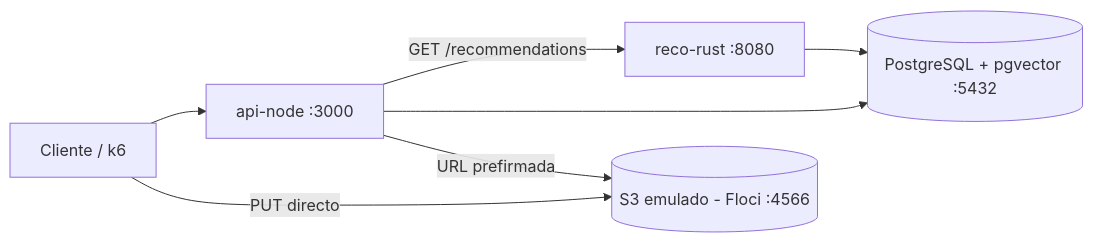
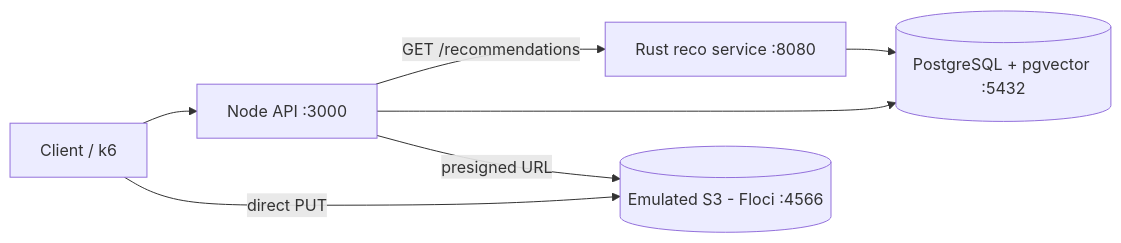
One commit to xtylo/the-social-network changed the diagram in README.md. Above: the diagram before and after it, drawn with Mermaid. The commit also changed other lines of this file and 3 other files, not shown here.

````diff
--- a/README.md
+++ b/README.md
@@ -10,9 +10,9 @@
 ```mermaid
 flowchart LR
-  C[Cliente / k6] --> API[api-node :3000]
-  API -->|GET /recommendations| R[reco-rust :8080]
+  C[Client / k6] --> API[Node API :3000]
+  API -->|GET /recommendations| R[Rust reco service :8080]
   R --> PG[(PostgreSQL + pgvector :5432)]
   API --> PG
-  API -->|URL prefirmada| S3[(S3 emulado - Floci :4566)]
-  C -->|PUT directo| S3
+  API -->|presigned URL| S3[(Emulated S3 - Floci :4566)]
+  C -->|direct PUT| S3
 ```
````
